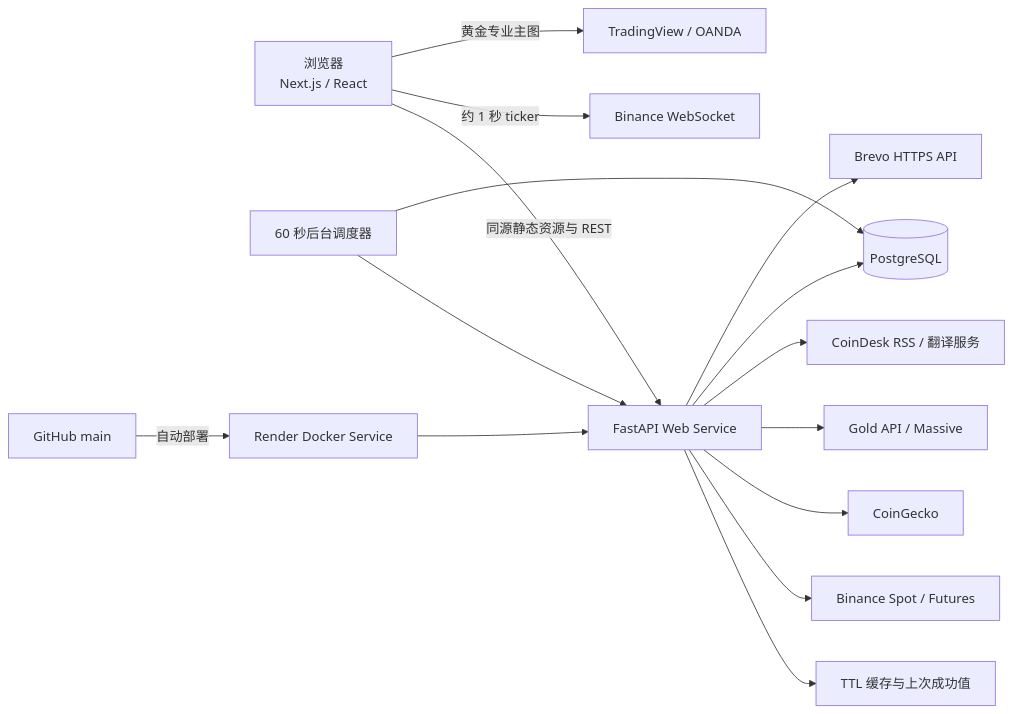
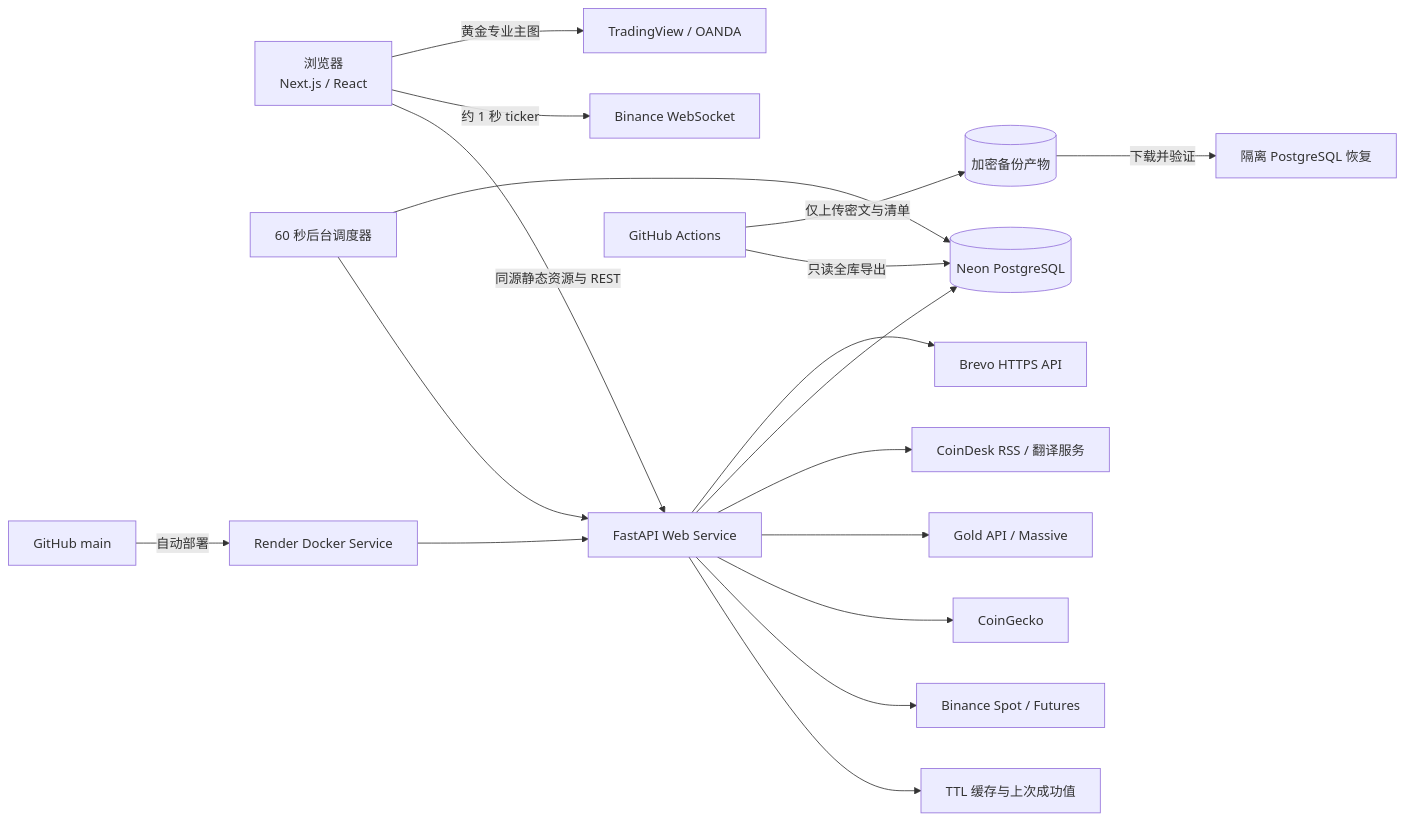
Before and after one commit to letter9394/ChainScope: the first of 3 diagrams in docs/PORTFOLIO.md, drawn with Mermaid. The commit also changed other lines of this file and 2 other files, not shown here.

````diff
--- a/docs/PORTFOLIO.md
+++ b/docs/PORTFOLIO.md
@@ -13,19 +13,22 @@
 ```mermaid
 flowchart LR
     Browser["浏览器<br/>Next.js / React"] -->|同源静态资源与 REST| API["FastAPI Web Service"]
     Browser -->|约 1 秒 ticker| BWS["Binance WebSocket"]
     Browser -->|黄金专业主图| TV["TradingView / OANDA"]
 
     API --> Cache["TTL 缓存与上次成功值"]
     API --> Spot["Binance Spot / Futures"]
     API --> CG["CoinGecko"]
     API --> Gold["Gold API / Massive"]
     API --> News["CoinDesk RSS / 翻译服务"]
-    API --> DB[(PostgreSQL)]
+    API --> DB[(Neon PostgreSQL)]
     API --> Mail["Brevo HTTPS API"]
 
     Scheduler["60 秒后台调度器"] --> API
     Scheduler --> DB
     GitHub["GitHub main"] -->|自动部署| Render["Render Docker Service"]
     Render --> API
+    Actions["GitHub Actions"] -->|只读全库导出| DB
+    Actions -->|仅上传密文与清单| Archive[(加密备份产物)]
+    Archive -->|下载并验证| Verify["隔离 PostgreSQL 恢复"]
 ```
````
